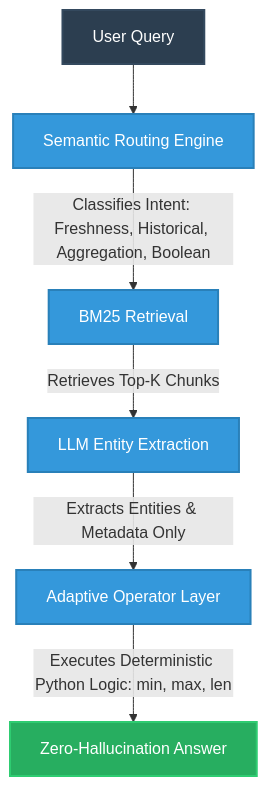
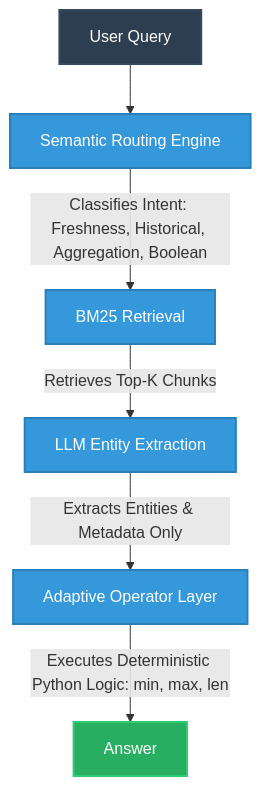
Before and after one commit to 0xmaster7/Aletheia: the diagram in paper/diagrams/diagram1_architecture.mmd, drawn with Mermaid. The commit also changed 10 other files, not shown here.

```diff
--- a/paper/diagrams/diagram1_architecture.mmd
+++ b/paper/diagrams/diagram1_architecture.mmd
@@ -1,11 +1,11 @@
-%% Diagram 1: Aletheia Architecture Flow
+%% Original embedding-router design only; final-v3 and later synthetic evaluations use an LLM planner.
 graph TD
     classDef main fill:#2c3e50,stroke:#34495e,stroke-width:2px,color:#fff;
     classDef process fill:#3498db,stroke:#2980b9,stroke-width:2px,color:#fff;
     classDef output fill:#27ae60,stroke:#2ecc71,stroke-width:2px,color:#fff;
 
     Q[User Query]:::main --> SR[Semantic Routing Engine]:::process
     SR -->|Classifies Intent: Freshness, Historical, Aggregation, Boolean| BM[BM25 Retrieval]:::process
     BM -->|Retrieves Top-K Chunks| LLM[LLM Entity Extraction]:::process
     LLM -->|Extracts Entities & Metadata Only| AOL[Adaptive Operator Layer]:::process
-    AOL -->|Executes Deterministic Python Logic: min, max, len| Ans[Zero-Hallucination Answer]:::output
+    AOL -->|Executes Deterministic Python Logic: min, max, len| Ans[Answer]:::output
```
